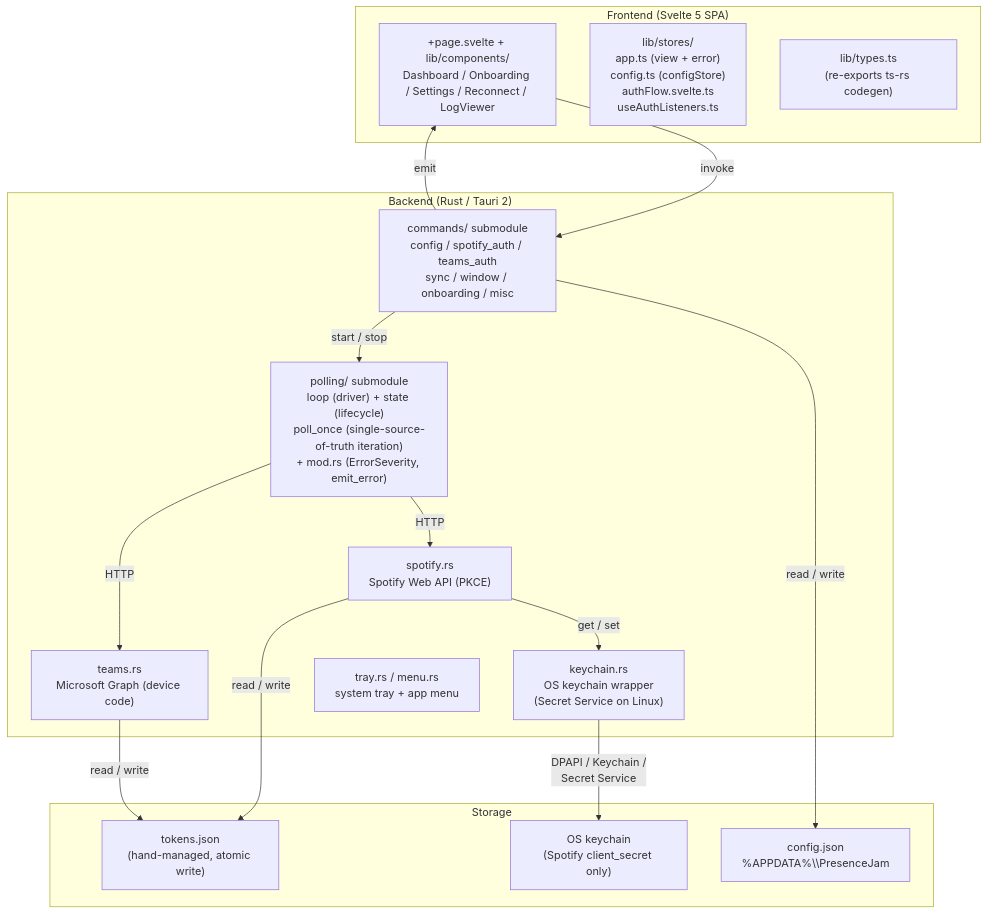
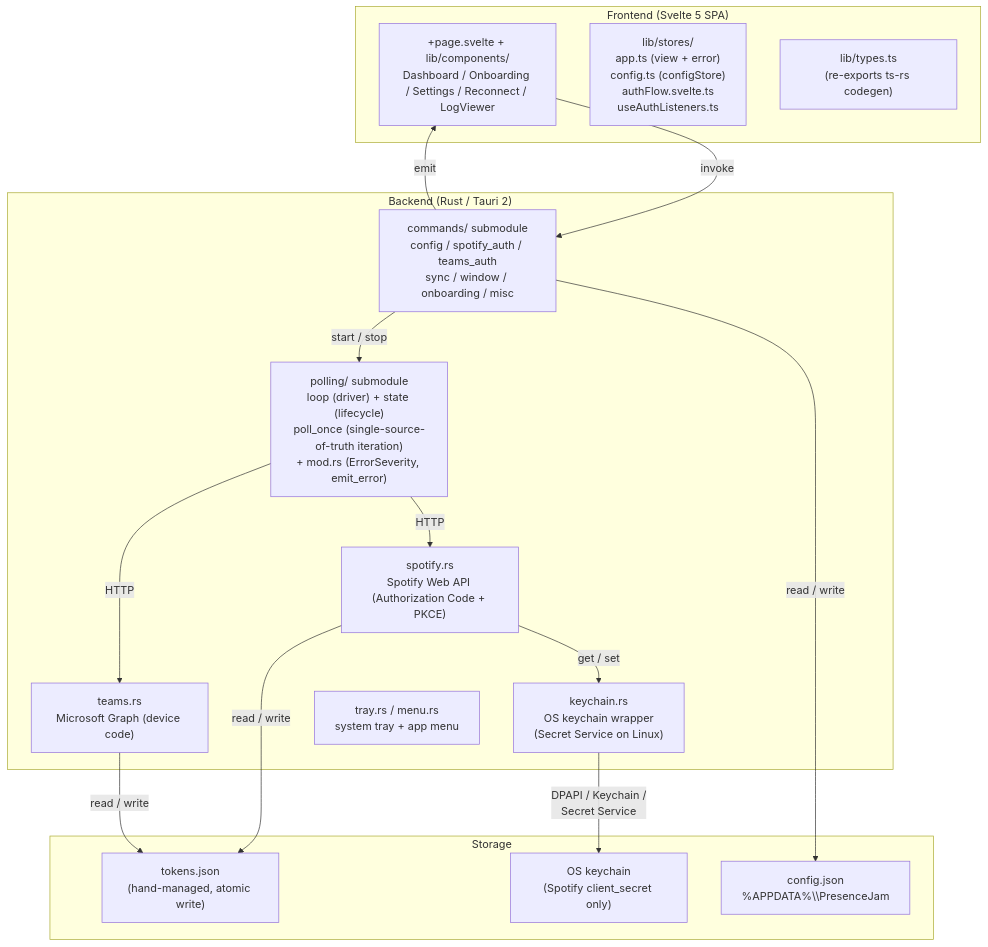
The first of 8 diagrams in ARCHITECTURE.md (Carme99/PresenceJam-Desktop), drawn with Mermaid before and after one commit. The commit also changed other lines of this file, not shown here.

Commit message:
docs(arch): describe Spotify OAuth as Authorization Code + PKCE confidential client (#170)

````diff
--- a/ARCHITECTURE.md
+++ b/ARCHITECTURE.md
@@ -41,34 +42,34 @@
 ```mermaid
 graph TD
     subgraph Frontend ["Frontend (Svelte 5 SPA)"]
         UI["+page.svelte + lib/components/<br/>Dashboard / Onboarding / Settings / Reconnect / LogViewer"]
         Stores["lib/stores/<br/>app.ts (view + error)<br/>config.ts (configStore)<br/>authFlow.svelte.ts<br/>useAuthListeners.ts"]
         Types["lib/types.ts<br/>(re-exports ts-rs codegen)"]
     end
 
     subgraph Backend ["Backend (Rust / Tauri 2)"]
         Commands["commands/ submodule<br/>config / spotify_auth / teams_auth<br/>sync / window / onboarding / misc"]
         Polling["polling/ submodule<br/>loop (driver) + state (lifecycle)<br/>poll_once (single-source-of-truth iteration)<br/>+ mod.rs (ErrorSeverity, emit_error)"]
-        SpotifyAPI["spotify.rs<br/>Spotify Web API (PKCE)"]
+        SpotifyAPI["spotify.rs<br/>Spotify Web API (Authorization Code + PKCE)"]
         TeamsAPI["teams.rs<br/>Microsoft Graph (device code)"]
         Keychain["keychain.rs<br/>OS keychain wrapper<br/>(Secret Service on Linux)"]
         Tray["tray.rs / menu.rs<br/>system tray + app menu"]
     end
 
     subgraph Storage ["Storage"]
         Tokens["tokens.json<br/>(hand-managed, atomic write)"]
         Secret["OS keychain<br/>(Spotify client_secret only)"]
         Config["config.json<br/>%APPDATA%\\PresenceJam"]
     end
 
     UI -->|"invoke<Cmd>"| Commands
     Commands -->|"emit<Event>"| UI
     Commands -->|"start / stop"| Polling
     Polling -->|"HTTP"| SpotifyAPI
     Polling -->|"HTTP"| TeamsAPI
     SpotifyAPI -->|"read / write"| Tokens
     TeamsAPI -->|"read / write"| Tokens
     SpotifyAPI -->|"get / set"| Keychain
     Commands -->|"read / write"| Config
     Keychain -->|"DPAPI / Keychain /<br/>Secret Service"| Secret
 ```
````
